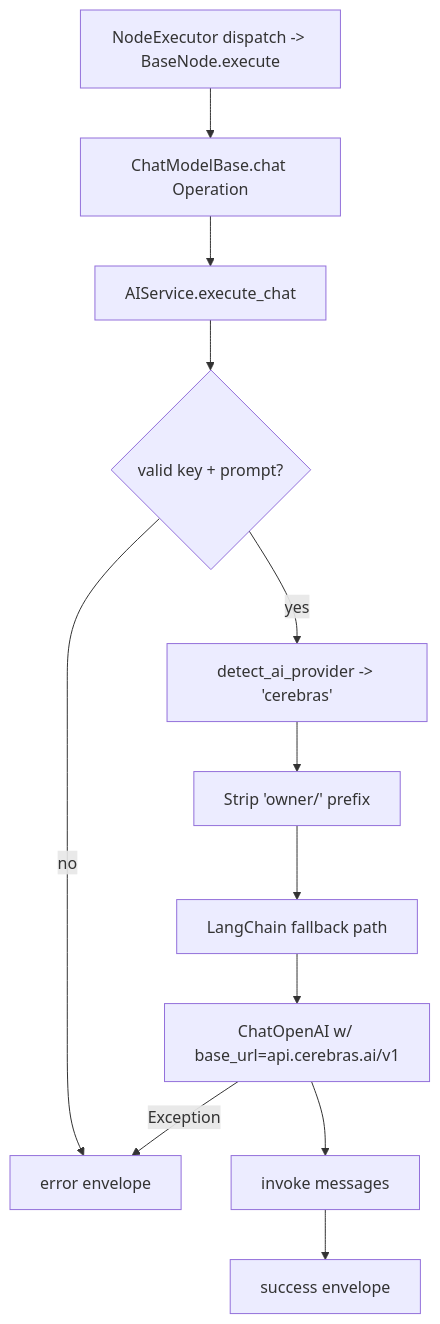
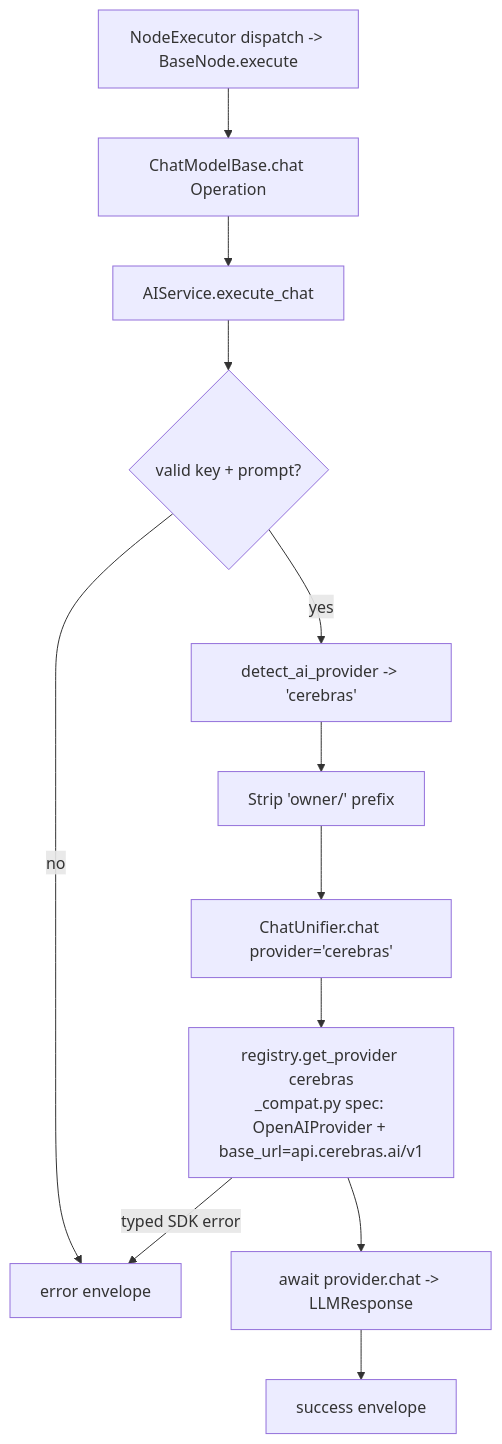
Before and after one commit to zeenie-ai/OpenCompany: the diagram in docs-internal/node-logic-flows/ai_chat_models/cerebrasChatModel.md, drawn with Mermaid. The commit also changed other lines of this file and 39 other files, not shown here.

````diff
--- a/docs-internal/node-logic-flows/ai_chat_models/cerebrasChatModel.md
+++ b/docs-internal/node-logic-flows/ai_chat_models/cerebrasChatModel.md
@@ -62,14 +62,14 @@
 ```mermaid
 flowchart TD
   A[NodeExecutor dispatch -> BaseNode.execute] --> B[ChatModelBase.chat Operation]
   B --> C[AIService.execute_chat]
   C --> D{valid key + prompt?}
   D -- no --> X[error envelope]
   D -- yes --> E[detect_ai_provider -> 'cerebras']
   E --> F[Strip 'owner/' prefix]
-  F --> G[LangChain fallback path]
-  G --> H[ChatOpenAI w/ base_url=api.cerebras.ai/v1]
-  H --> I[invoke messages]
+  F --> G[ChatUnifier.chat provider='cerebras']
+  G --> H[registry.get_provider cerebras<br/>_compat.py spec: OpenAIProvider + base_url=api.cerebras.ai/v1]
+  H --> I[await provider.chat -> LLMResponse]
   I --> J[success envelope]
-  H -- Exception --> X
+  H -- typed SDK error --> X
 ```
````
